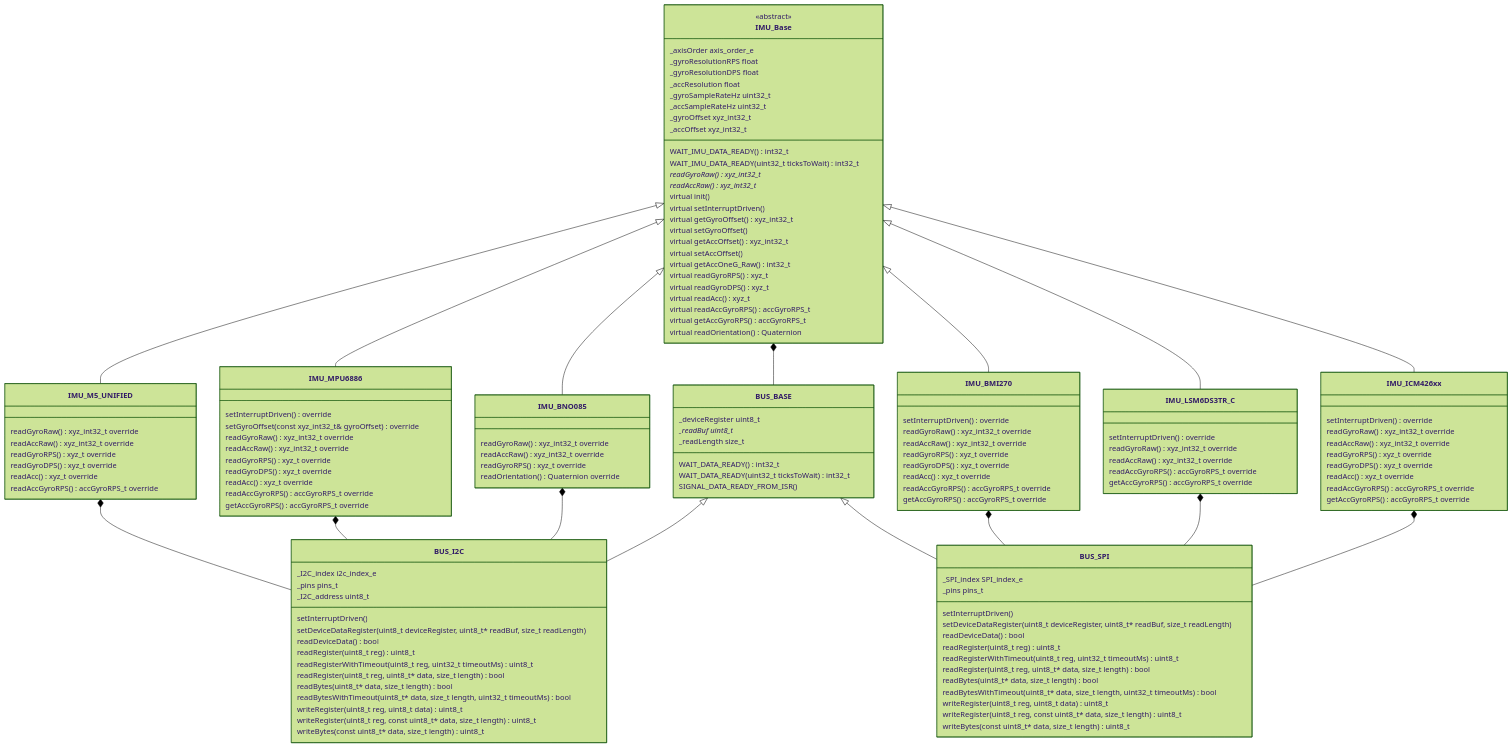
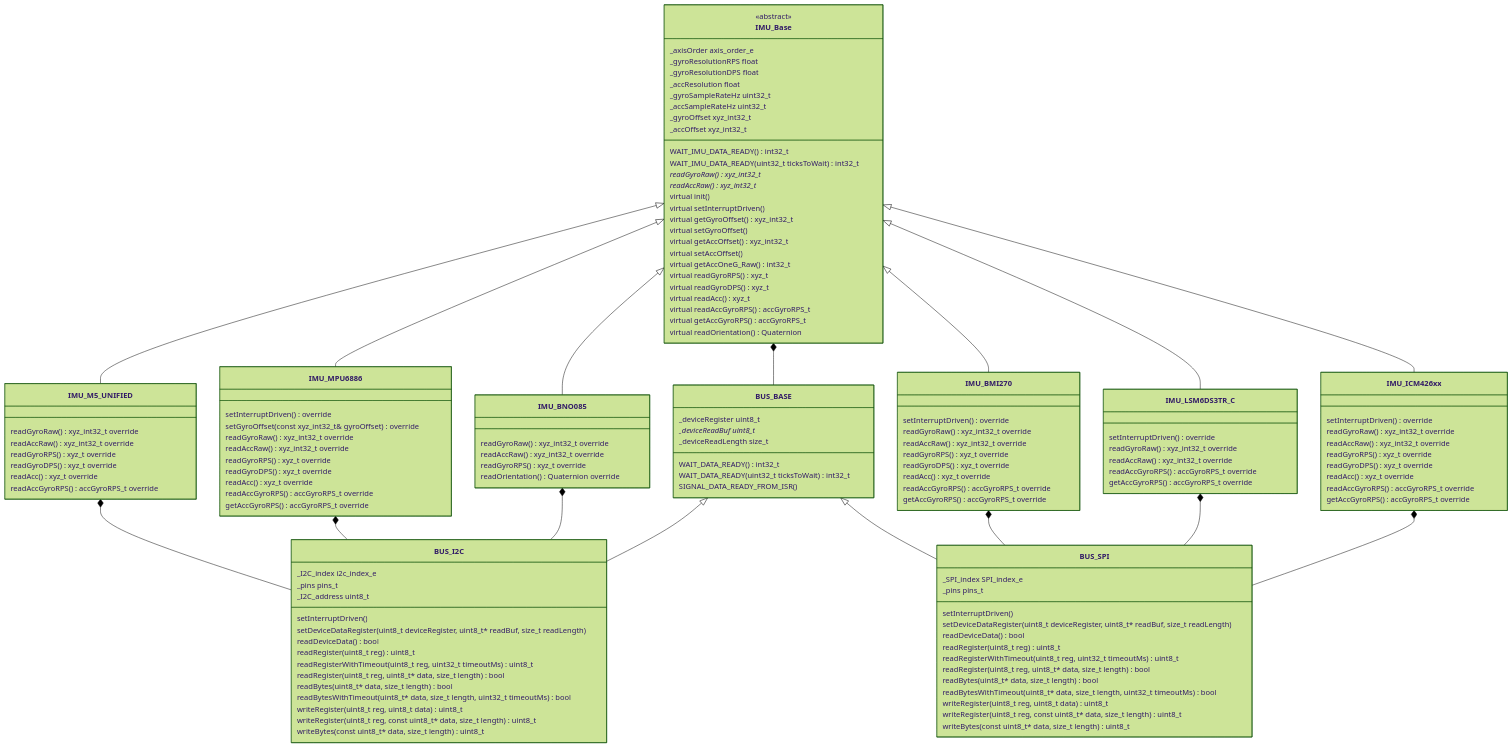
One commit to martinbudden/Library-Sensors changed the diagram in README.md. Above: the diagram before and after it, drawn with Mermaid (forest theme). The commit also changed 14 other files, not shown here.

```diff
--- a/README.md
+++ b/README.md
@@ -60,8 +60,8 @@
 classDiagram
     class BUS_BASE {
         _deviceRegister uint8_t
-        _readBuf uint8_t*
-        _readLength size_t
+        _deviceReadBuf uint8_t*
+        _deviceReadLength size_t
         WAIT_DATA_READY() int32_t
         WAIT_DATA_READY(uint32_t ticksToWait) int32_t
         SIGNAL_DATA_READY_FROM_ISR()
```
